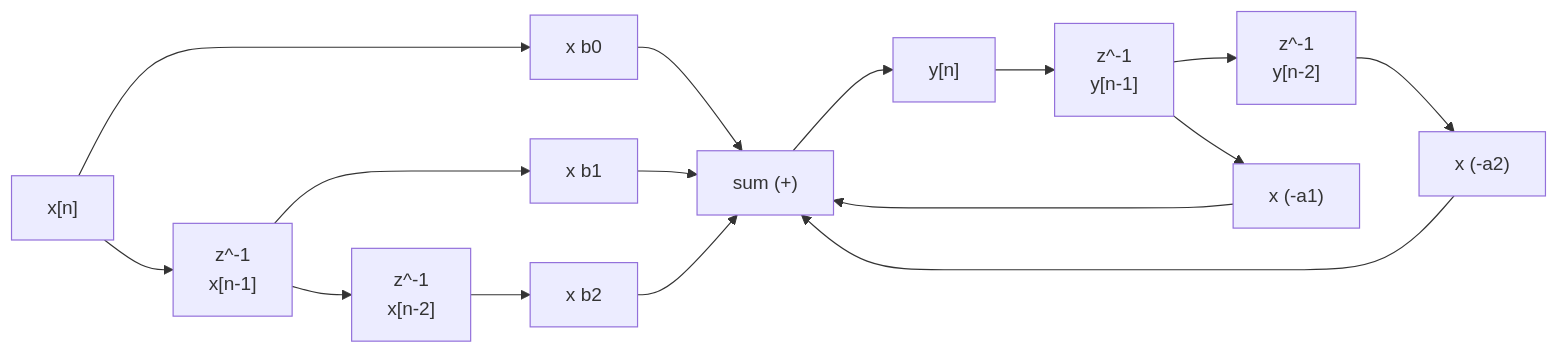
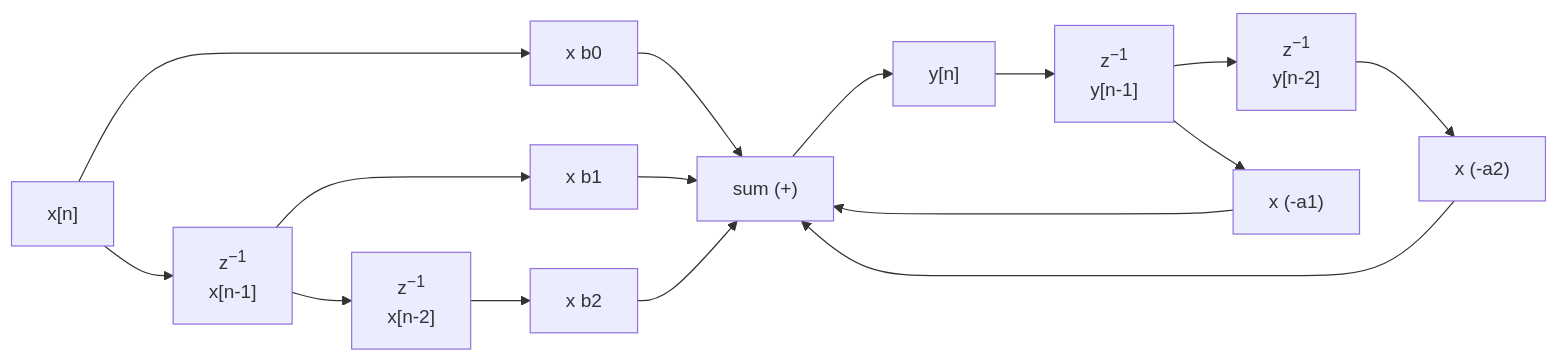
Before and after one commit to TomHsieh300/DAW-for-fun: the third of 4 diagrams in lessons/02-filter/README.zh-TW.md, drawn with Mermaid. The commit also changed other lines of this file and 19 other files, not shown here.

First line of the commit message:
lessons: typeset subscripts and superscripts in Mermaid labels

````diff
--- a/lessons/02-filter/README.zh-TW.md
+++ b/lessons/02-filter/README.zh-TW.md
@@ -530,18 +530,18 @@
 ```mermaid
 flowchart LR
     X["x[n]"] --> B0["x b0"]
-    X --> XD1["z^-1<br/>x[n-1]"]
+    X --> XD1["z<sup>−1</sup><br/>x[n-1]"]
     XD1 --> B1["x b1"]
-    XD1 --> XD2["z^-1<br/>x[n-2]"]
+    XD1 --> XD2["z<sup>−1</sup><br/>x[n-2]"]
     XD2 --> B2["x b2"]
     B0 --> S["sum (+)"]
     B1 --> S
     B2 --> S
     S --> Y["y[n]"]
-    Y --> YD1["z^-1<br/>y[n-1]"]
-    YD1 --> YD2["z^-1<br/>y[n-2]"]
+    Y --> YD1["z<sup>−1</sup><br/>y[n-1]"]
+    YD1 --> YD2["z<sup>−1</sup><br/>y[n-2]"]
     YD1 --> A1["x (-a1)"]
     YD2 --> A2["x (-a2)"]
     A1 --> S
     A2 --> S
 ```
````
